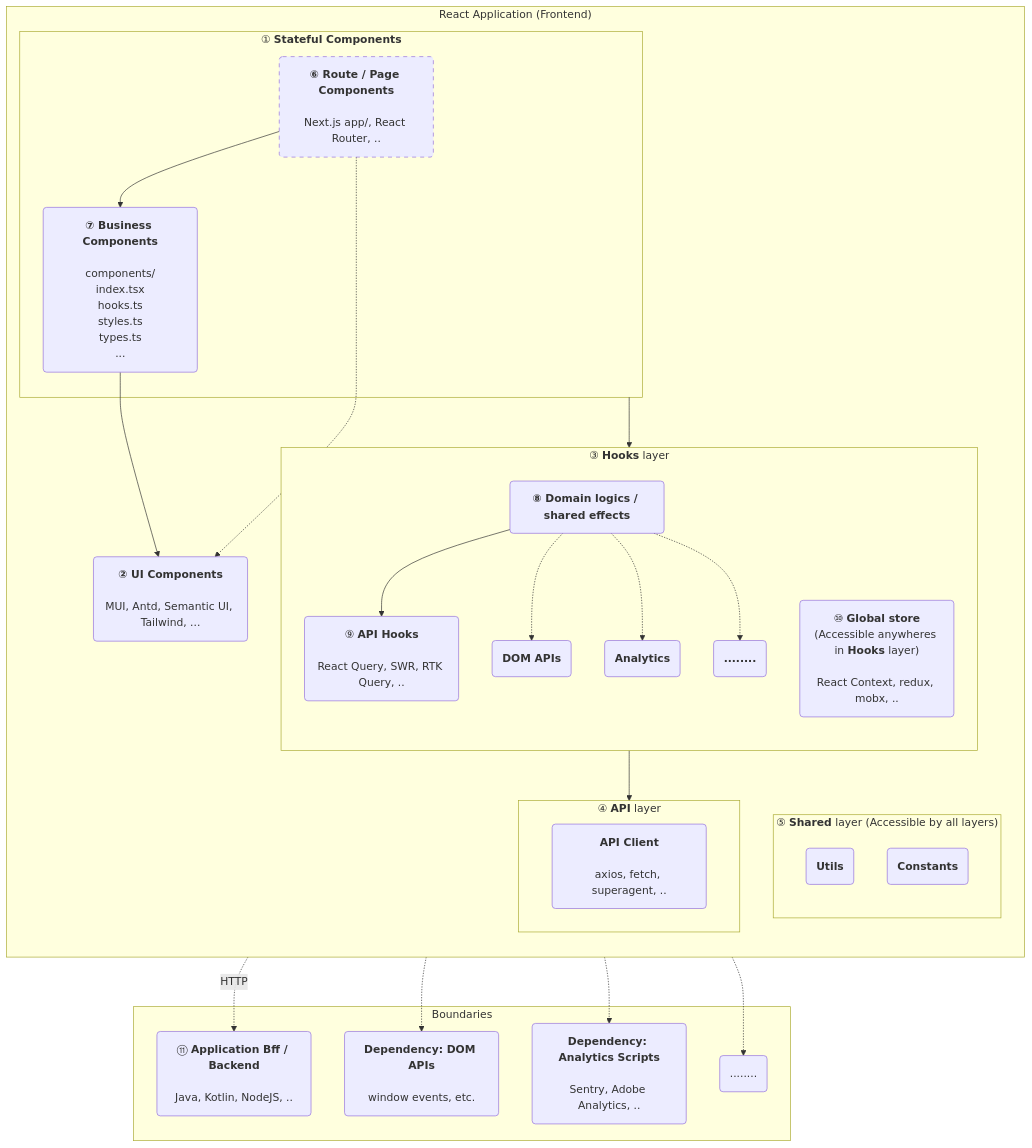
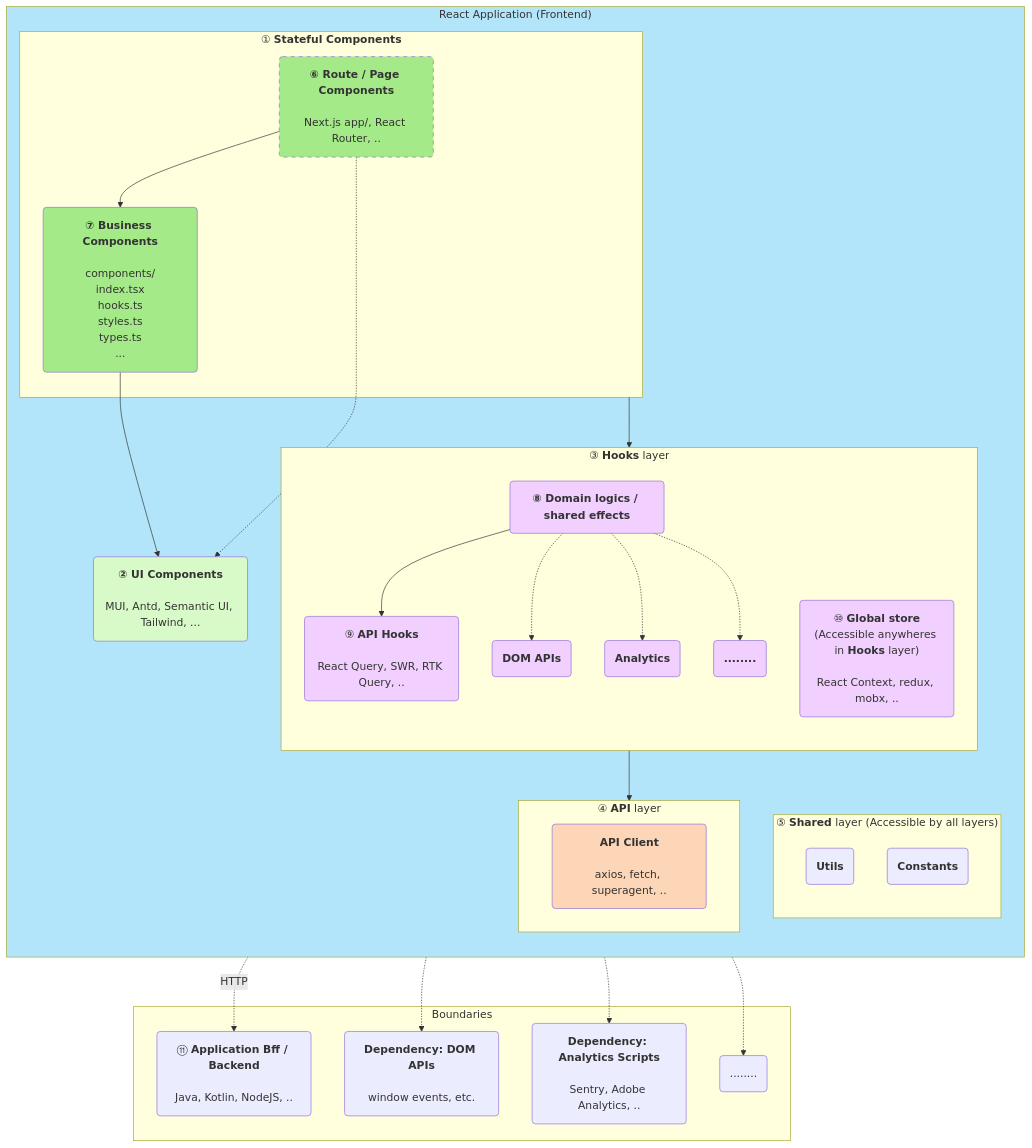
One commit to EthanLin-TWer/blog changed the second of 4 diagrams in _posts/2023-12-10-react-unit-testing-best-practices.md. Above: the diagram before and after it, drawn with Mermaid. The commit also changed other lines of this file, not shown here.

Commit message:
🌞post: add more styles to the architectural diagram

```diff
--- a/_posts/2023-12-10-react-unit-testing-best-practices.md
+++ b/_posts/2023-12-10-react-unit-testing-best-practices.md
@@ -121,9 +121,22 @@
   bff("⑪ <b>Application Bff / Backend</b><br/><br/>Java, Kotlin, NodeJS, ..")
   deps_dom_apis(<b>Dependency: DOM APIs</b><br/><br/>window events, etc.)
   deps_analytics(<b>Dependency: Analytics Scripts</b><br/><br/>Sentry, Adobe Analytics, ..)
-        
-  %% styles
+
+  %% styles - #D8FAC8 #A5EA88 #F1CFFE #B3E5FA #FCD6B6
   style route_components stroke-dasharray: 6 6
+  style app fill:#B3E5FA
+  style business_components fill:#A5EA88
+  style route_components fill:#A5EA88
+  style ui_components fill:#D8FAC8
+  
+  style shared_hooks fill:#F1CFFE
+  style api_hooks fill:#F1CFFE
+  style dom_hooks fill:#F1CFFE
+  style analytics_hooks fill:#F1CFFE
+  style global_store fill:#F1CFFE
+  style etc_hooks fill:#F1CFFE
+  
+  style api_client fill:#FCD6B6
 
   %% start: components & connections
   subgraph app ["React Application (Frontend)"];
```
